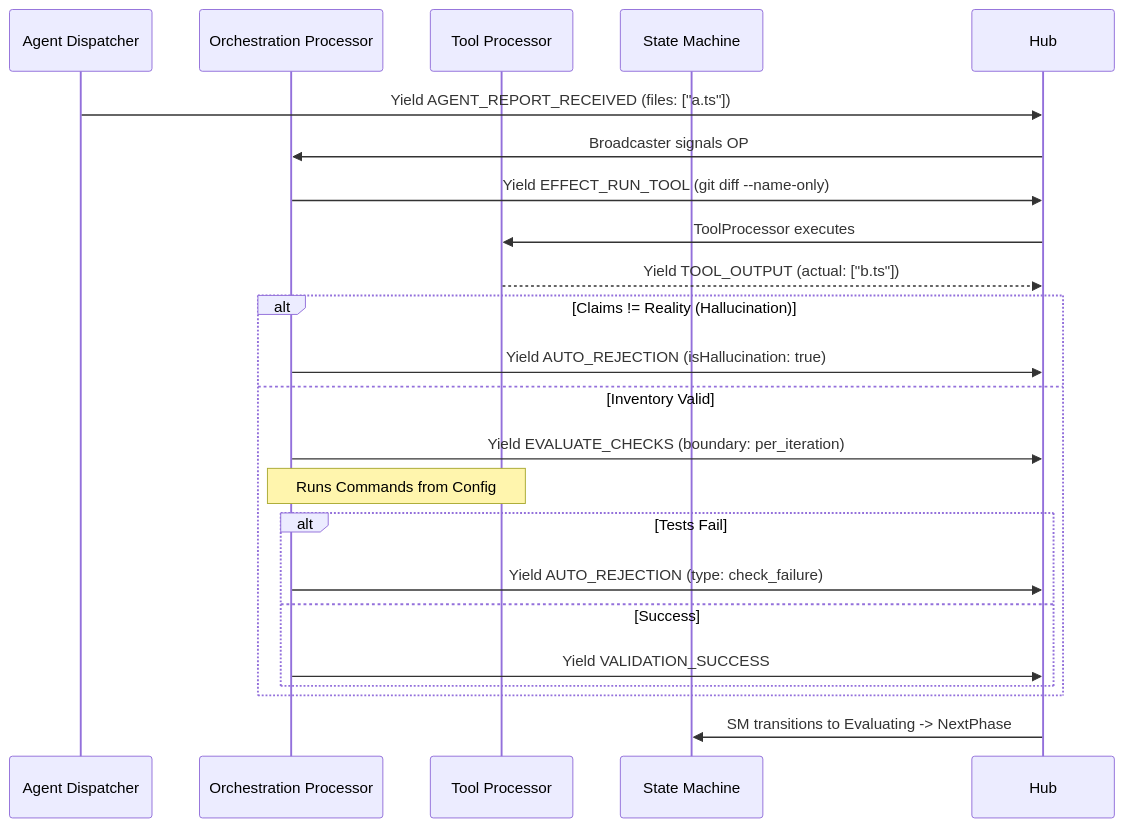
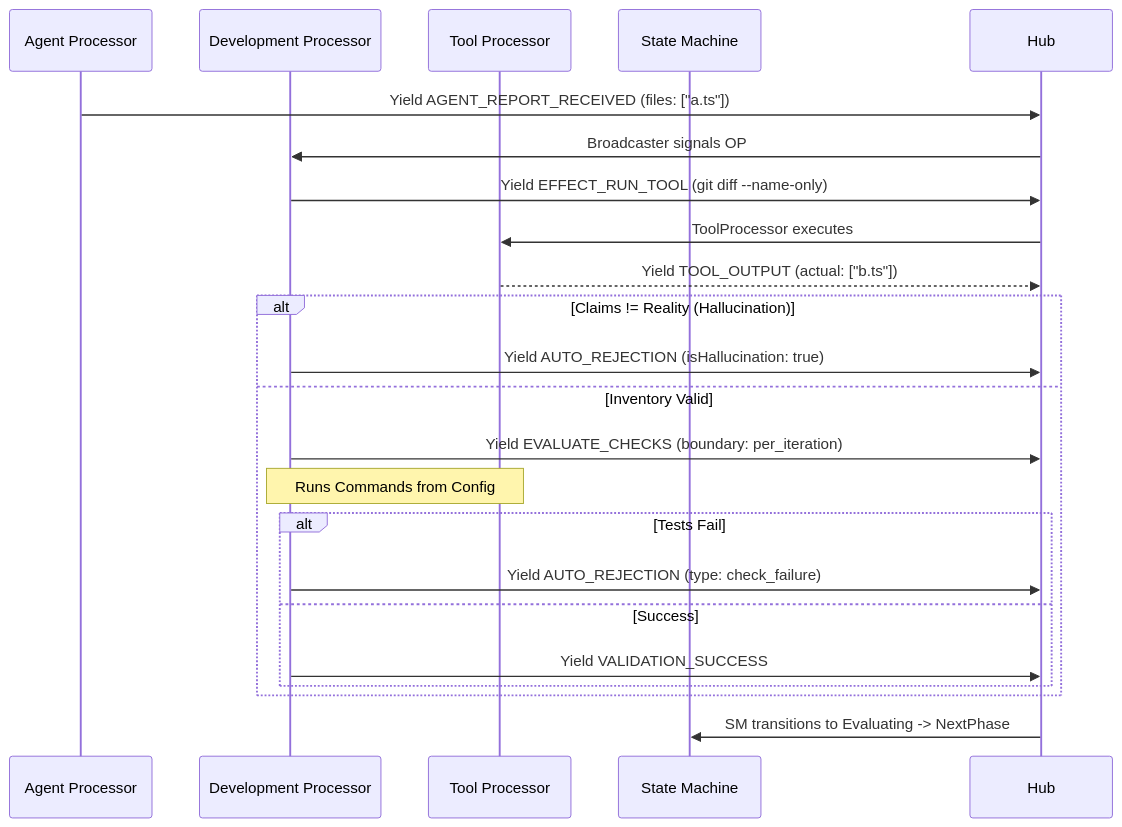
The second of 4 diagrams in rfcs/rfc-001.revision-06.md (Tsomaia-Technologies/ductus), drawn with Mermaid before and after one commit. The commit also changed other lines of this file and 2 other files, not shown here.

````diff
--- a/rfcs/rfc-001.revision-06.md
+++ b/rfcs/rfc-001.revision-06.md
@@ -190,28 +190,28 @@
 ```mermaid
 sequenceDiagram
-    participant AD as Agent Dispatcher
-    participant OP as Orchestration Processor
+    participant AP as Agent Processor
+    participant OP as Development Processor
     participant TP as Tool Processor
     participant SM as State Machine
     
-    AD->>Hub: Yield AGENT_REPORT_RECEIVED (files: ["a.ts"])
+    AP->>Hub: Yield AGENT_REPORT_RECEIVED (files: ["a.ts"])
     Hub->>OP: Broadcaster signals OP
     OP->>Hub: Yield EFFECT_RUN_TOOL (git diff --name-only)
     Hub->>TP: ToolProcessor executes
     TP-->>Hub: Yield TOOL_OUTPUT (actual: ["b.ts"])
     
     alt Claims != Reality (Hallucination)
         OP->>Hub: Yield AUTO_REJECTION (isHallucination: true)
     else Inventory Valid
         OP->>Hub: Yield EVALUATE_CHECKS (boundary: per_iteration)
         Note over OP,TP: Runs Commands from Config
         alt Tests Fail
             OP->>Hub: Yield AUTO_REJECTION (type: check_failure)
         else Success
             OP->>Hub: Yield VALIDATION_SUCCESS
         end
     end
     
     Hub->>SM: SM transitions to Evaluating -> NextPhase
 
 ```
````
